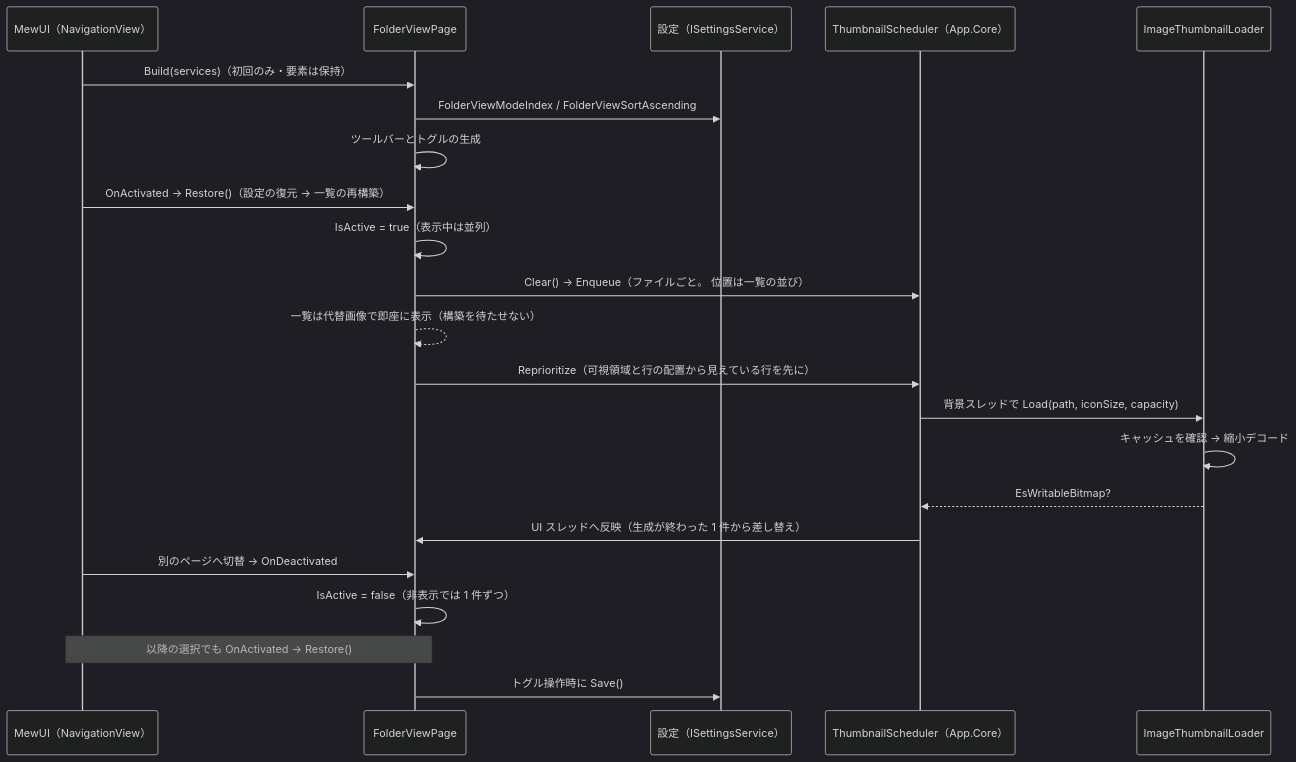
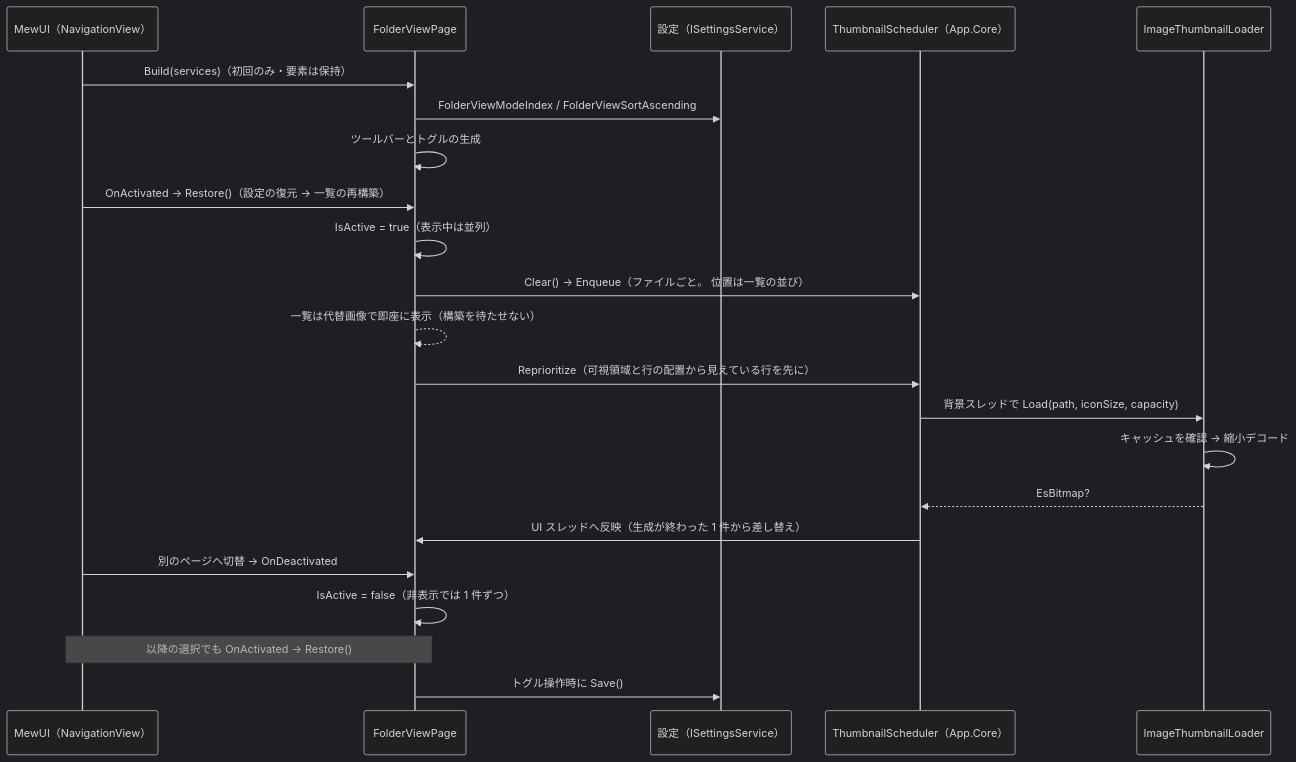
Before and after one commit to tomokuni/SaveEvidence: the fifth of 12 diagrams in src/App.MewUI/docs/SPEC_System.md, drawn with Mermaid (dark theme). The commit also changed other lines of this file and 41 other files, not shown here.

````diff
--- a/src/App.MewUI/docs/SPEC_System.md
+++ b/src/App.MewUI/docs/SPEC_System.md
@@ -427,25 +427,25 @@
 ```mermaid
 sequenceDiagram
     participant MW as MewUI（NavigationView）
     participant FW as FolderViewPage
     participant ST as 設定（ISettingsService）
     participant TS as ThumbnailScheduler（App.Core）
     participant IL as ImageThumbnailLoader
 
     MW->>FW: Build(services)（初回のみ・要素は保持）
     FW->>ST: FolderViewModeIndex / FolderViewSortAscending
     FW->>FW: ツールバーとトグルの生成
     MW->>FW: OnActivated → Restore()（設定の復元 → 一覧の再構築）
     FW->>FW: IsActive = true（表示中は並列）
     FW->>TS: Clear() → Enqueue（ファイルごと。 位置は一覧の並び）
     FW-->>FW: 一覧は代替画像で即座に表示（構築を待たせない）
     FW->>TS: Reprioritize（可視領域と行の配置から見えている行を先に）
     TS->>IL: 背景スレッドで Load(path, iconSize, capacity)
     IL->>IL: キャッシュを確認 → 縮小デコード
-    IL-->>TS: EsWritableBitmap?
+    IL-->>TS: EsBitmap?
     TS->>FW: UI スレッドへ反映（生成が終わった 1 件から差し替え）
     MW->>FW: 別のページへ切替 → OnDeactivated
     FW->>FW: IsActive = false（非表示では 1 件ずつ）
     Note over MW,FW: 以降の選択でも OnActivated → Restore()
     FW->>ST: トグル操作時に Save()
 ```
````
